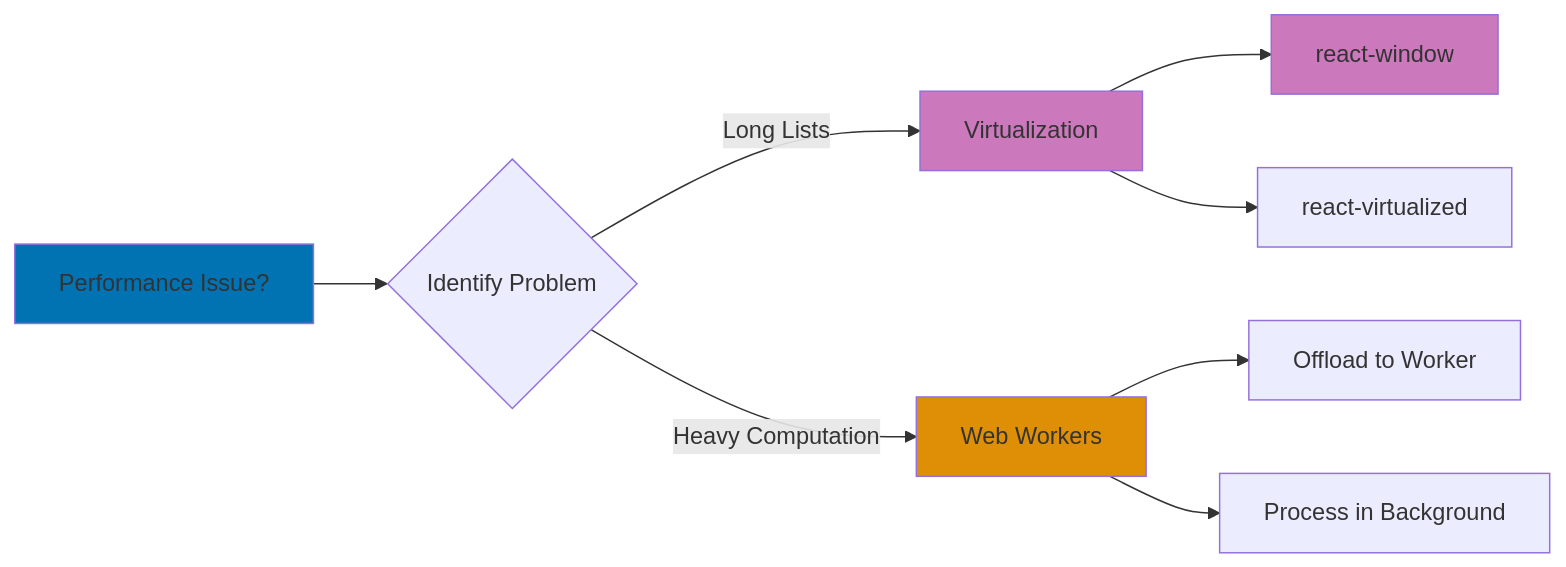
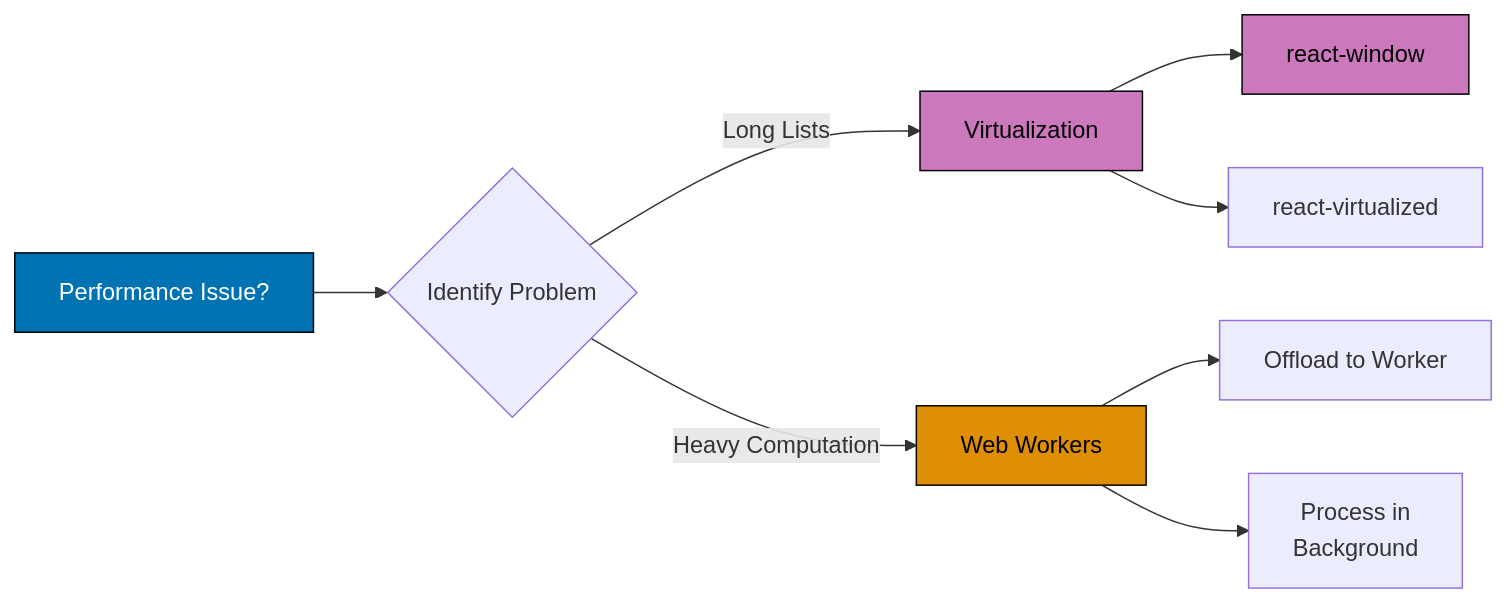
One commit to wahidyankf/ose-public changed the second of 2 diagrams in docs/explanation/software-engineering/platform-web/tools/fe-react/performance.md. Above: the diagram before and after it, drawn with Mermaid. The commit also changed other lines of this file and 57 other files, not shown here.

First line of the commit message:
docs(diagrams): make docs diagrams accessible

````diff
--- a/docs/explanation/software-engineering/platform-web/tools/fe-react/performance.md
+++ b/docs/explanation/software-engineering/platform-web/tools/fe-react/performance.md
@@ -71,21 +74,25 @@
 ```mermaid
 %% Color Palette: Blue #0173B2, Orange #DE8F05, Teal #029E73, Purple #CC78BC
 %% All colors are color-blind friendly and meet WCAG AA contrast standards
 
 graph LR
+    accTitle: Performance Optimization Strategy 2
+    accDescr: Performance Issue? leads to Identify Problem; Identify Problem leads to Virtualization via Long Lists; Identify Problem leads to Web Workers via Heavy Computation; Virtualization leads to react-window; Virtualization leads to react-virtualized; and 2 more links.
     A[Performance Issue?] --> B{Identify Problem}
 
     B -->|Long Lists| E[Virtualization]
     B -->|Heavy Computation| F[Web Workers]
 
     E --> M[react-window]
     E --> N[react-virtualized]
 
     F --> O[Offload to Worker]
-    F --> P[Process in Background]
+    F --> P[Process in<br/>Background]
 
-    style A fill:#0173B2
-    style E fill:#CC78BC
-    style F fill:#DE8F05
-    style M fill:#CC78BC
+    classDef blue fill:#0173B2,stroke:#000000,color:#FFFFFF
+    classDef purple fill:#CC78BC,stroke:#000000,color:#000000
+    classDef orange fill:#DE8F05,stroke:#000000,color:#000000
+    class A blue
+    class E,M purple
+    class F orange
 ```
````
